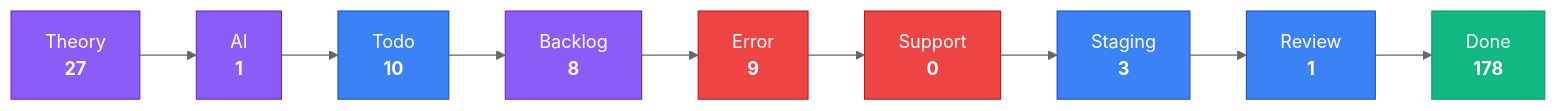
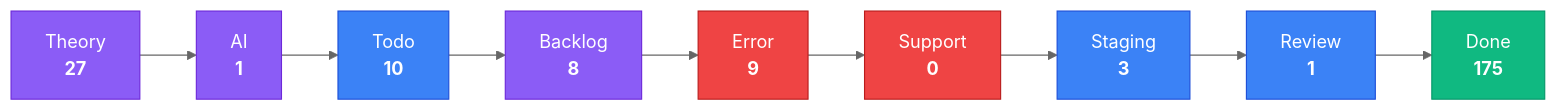
One commit to KBVE/kbve changed the third of 4 diagrams in apps/kbve/astro-kbve/src/content/docs/dashboard/kanban-data.mdx. Above: the diagram before and after it, drawn with Mermaid (neutral theme). The commit also changed other lines of this file and 8 other files, not shown here.

````diff
--- a/apps/kbve/astro-kbve/src/content/docs/dashboard/kanban-data.mdx
+++ b/apps/kbve/astro-kbve/src/content/docs/dashboard/kanban-data.mdx
@@ -80,28 +80,28 @@
 ```mermaid
 flowchart LR
     classDef planning fill:#8b5cf6,stroke:#6d28d9,color:#fff
     classDef active fill:#3b82f6,stroke:#1d4ed8,color:#fff
     classDef blocked fill:#ef4444,stroke:#b91c1c,color:#fff
     classDef done fill:#10b981,stroke:#059669,color:#fff
     Theory["Theory<br/><strong>27</strong>"]
     Theory --> AI
     AI["AI<br/><strong>1</strong>"]
     AI --> Todo
     Todo["Todo<br/><strong>10</strong>"]
     Todo --> Backlog
     Backlog["Backlog<br/><strong>8</strong>"]
     Backlog --> Error
     Error["Error<br/><strong>9</strong>"]
     Error --> Support
     Support["Support<br/><strong>0</strong>"]
     Support --> Staging
     Staging["Staging<br/><strong>3</strong>"]
     Staging --> Review
     Review["Review<br/><strong>1</strong>"]
     Review --> Done
-    Done["Done<br/><strong>178</strong>"]
+    Done["Done<br/><strong>175</strong>"]
     class Theory,AI,Backlog planning
     class Todo,Staging,Review active
     class Error,Support blocked
     class Done done
 ```
````
